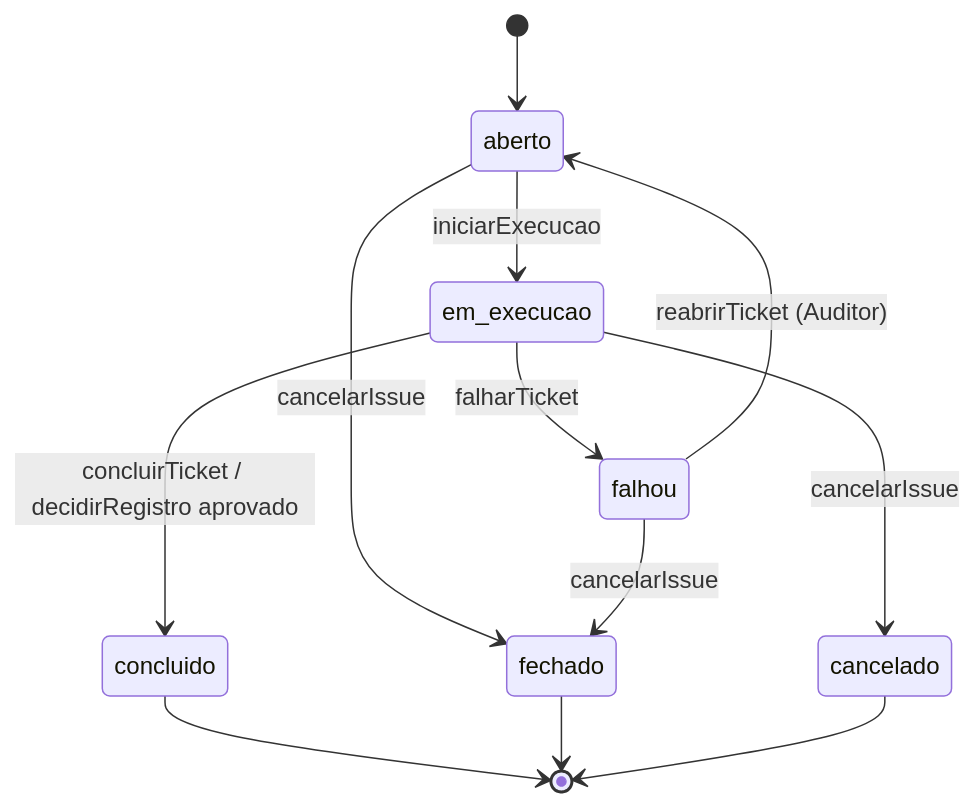
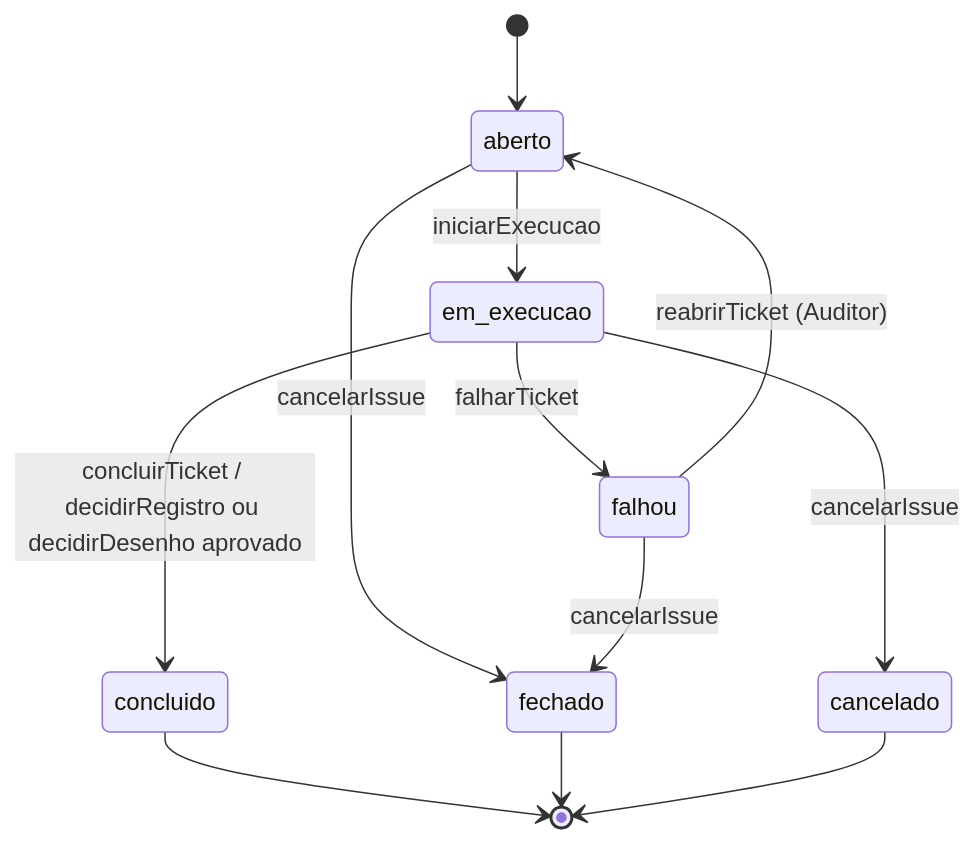
The second of 2 diagrams in fabriquinha/01-dominio.md (JimmyAreaFiscal/Fabriquinha), drawn with Mermaid before and after one commit. The commit also changed other lines of this file and 72 other files, not shown here.

First line of the commit message:
feat: Registro e desenho construídos com o Auditor, e aula do código no PR

````diff
--- a/fabriquinha/01-dominio.md
+++ b/fabriquinha/01-dominio.md
@@ -303,14 +306,14 @@
 ```mermaid
 stateDiagram-v2
     [*] --> aberto
     aberto --> em_execucao: iniciarExecucao
-    em_execucao --> concluido: concluirTicket / decidirRegistro aprovado
+    em_execucao --> concluido: concluirTicket / decidirRegistro ou decidirDesenho aprovado
     em_execucao --> falhou: falharTicket
     falhou --> aberto: reabrirTicket (Auditor)
     aberto --> fechado: cancelarIssue
     falhou --> fechado: cancelarIssue
     em_execucao --> cancelado: cancelarIssue
     concluido --> [*]
     fechado --> [*]
     cancelado --> [*]
 ```
````
